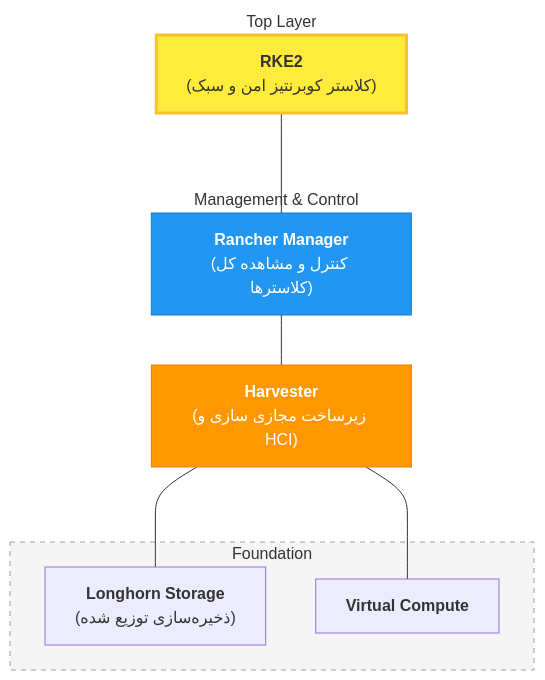
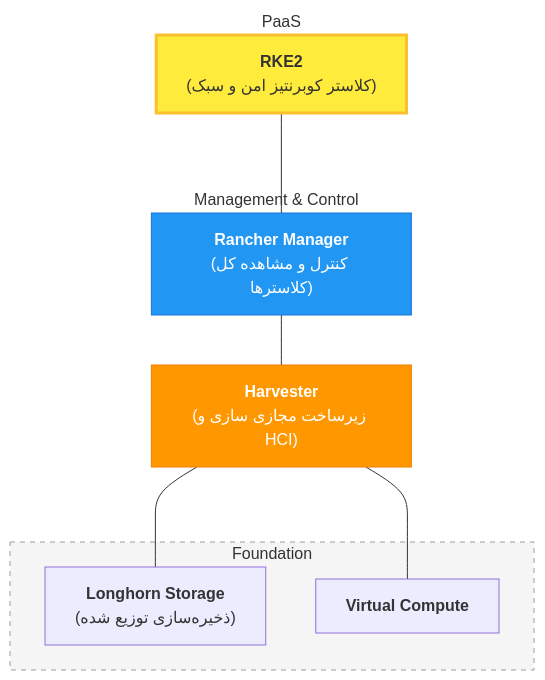
One commit to behroozam/behroozam.com changed the diagram in _posts/2026-04-27-harvester-homelab-setup.md. Above: the diagram before and after it, drawn with Mermaid. The commit also changed other lines of this file and 1 other file, not shown here.

```diff
--- a/_posts/2026-04-27-harvester-homelab-setup.md
+++ b/_posts/2026-04-27-harvester-homelab-setup.md
@@ -18,32 +15,32 @@
 {% mermaid %}
 graph TD
     %% تعریف ساختار هرمی با استفاده از زیرمجموعه‌ها
 
-    subgraph Top [Top Layer]
+    subgraph Top [PaaS]
         RKE2["<b>RKE2</b><br/>(کلاستر کوبرنتیز امن و سبک)"]
     end
 
     subgraph Middle [Management & Control]
         RM["<b>Rancher Manager</b><br/>(کنترل و مشاهده کل کلاسترها)"]
         H["<b>Harvester</b><br/>(زیرساخت مجازی سازی و HCI)"]
     end
 
     subgraph Base [Foundation]
         LH["<b>Longhorn Storage</b><br/>(ذخیره‌سازی توزیع شده)"]
         VM["<b>Virtual Compute</b>"]
     end
 
     %% ایجاد سلسله مراتب بصری
     RKE2 --- RM
     RM --- H
     H --- LH
     H --- VM
 
     %% استایل‌دهی برای نمایش بهتر
     style RKE2 fill:#ffeb3b,stroke:#fbc02d,stroke-width:3px
     style RM fill:#2196f3,stroke:#1976d2,color:#fff
     style H fill:#ff9800,stroke:#f57c00,color:#fff
     style Top fill:none,stroke:none
     style Middle fill:none,stroke:none
     style Base fill:#f5f5f5,stroke:#9e9e9e,stroke-dasharray: 5 5
 {% endmermaid %}
```
